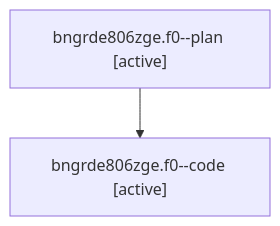
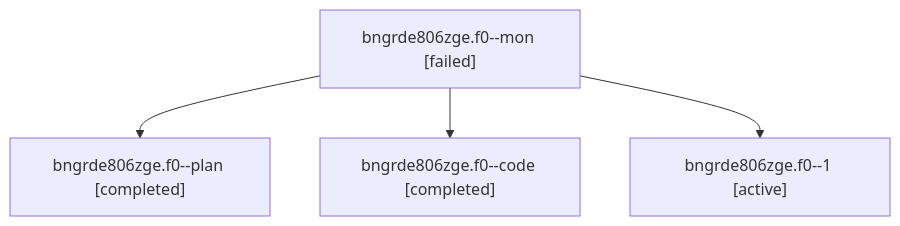
Before and after one commit to sase-org/sase--agents: the diagram in families/bbugyi200.athena.bngrde806zge.f0.md, drawn with Mermaid. The commit also changed other lines of this file and 63 other files, not shown here.

````diff
--- a/families/bbugyi200.athena.bngrde806zge.f0.md
+++ b/families/bbugyi200.athena.bngrde806zge.f0.md
@@ -9,6 +9,10 @@
 ```mermaid
 flowchart TD
-  n0["bngrde806zge.f0--plan [active]"]
-  n1["bngrde806zge.f0--code [active]"]
+  n0["bngrde806zge.f0--mon [failed]"]
+  n1["bngrde806zge.f0--plan [completed]"]
   n0 --> n1
+  n2["bngrde806zge.f0--code [completed]"]
+  n0 --> n2
+  n3["bngrde806zge.f0--1 [active]"]
+  n0 --> n3
 ```
````
